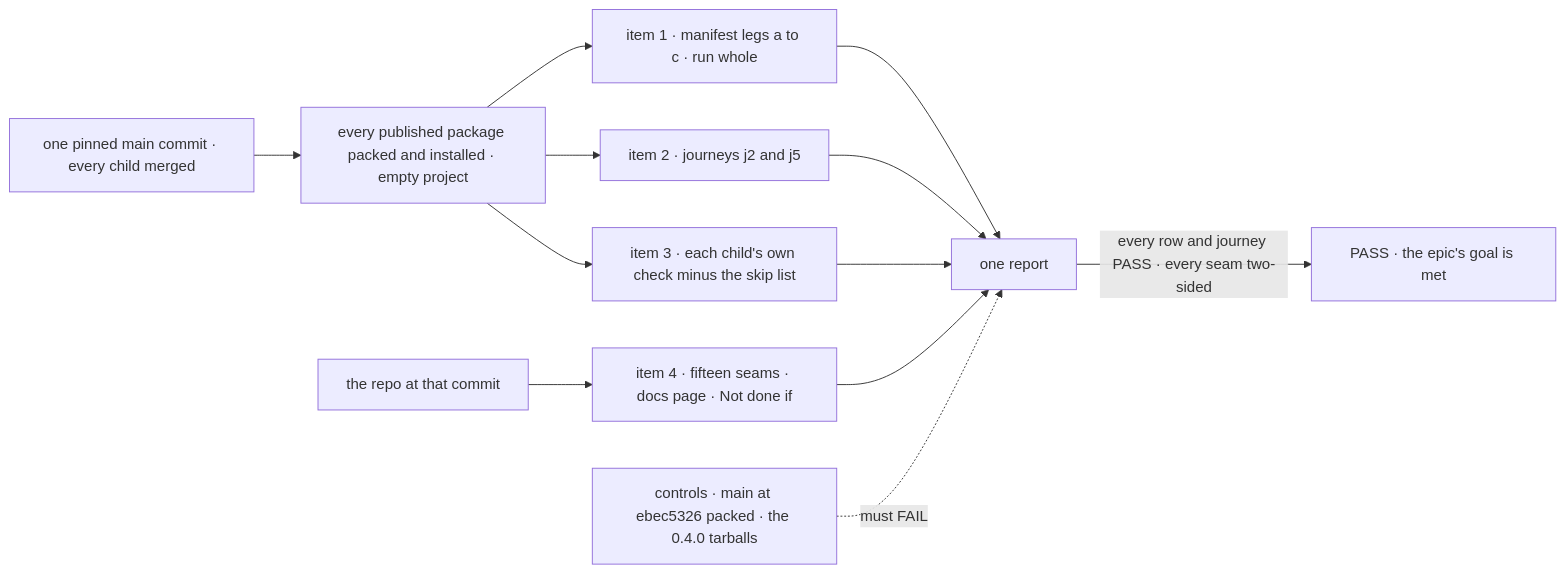
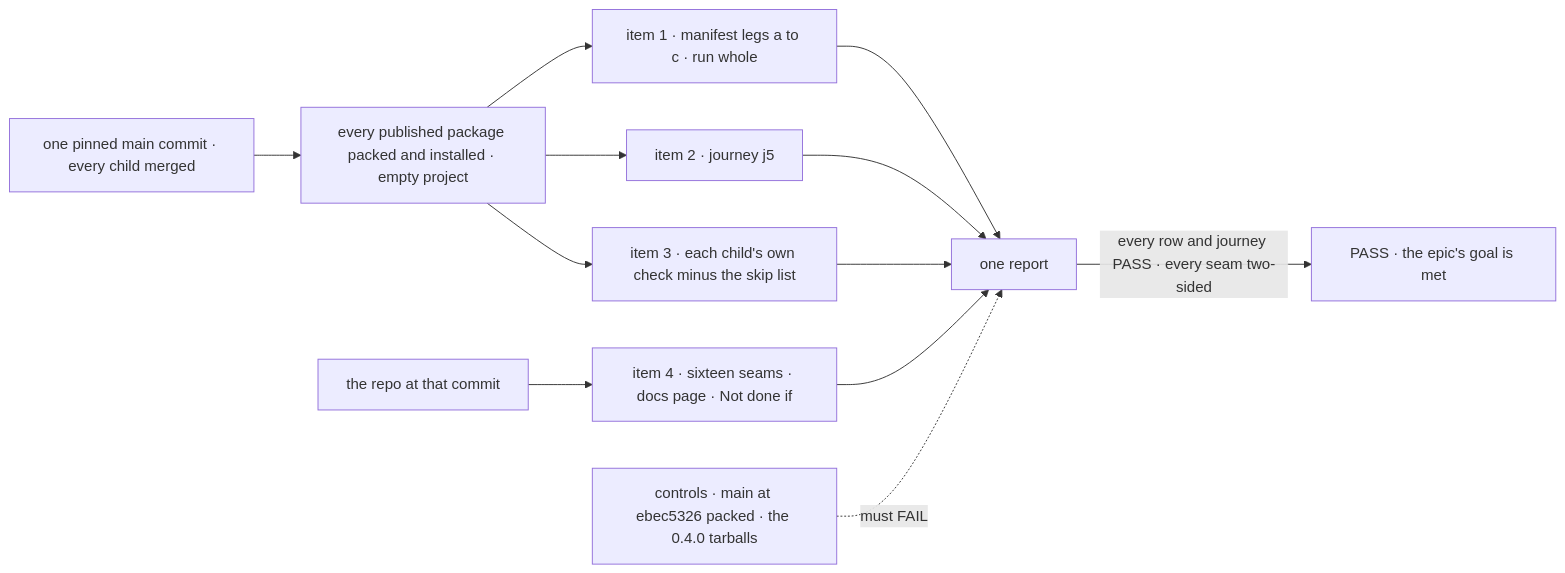
The first of 2 diagrams in specs/issues/FIX-2562/SPEC.md (fixpoint-labs/flow-state-dev), drawn with Mermaid before and after one commit. The commit also changed other lines of this file and 33 other files, not shown here.

````diff
--- a/specs/issues/FIX-2562/SPEC.md
+++ b/specs/issues/FIX-2562/SPEC.md
@@ -30,11 +30,11 @@
 ```mermaid
 flowchart LR
   M["one pinned main commit · every child merged"] --> I["every published package packed and installed · empty project"]
   I --> L["item 1 · manifest legs a to c · run whole"]
-  I --> J["item 2 · journeys j2 and j5"]
+  I --> J["item 2 · journey j5"]
   I --> K["item 3 · each child's own check minus the skip list"]
-  R["the repo at that commit"] --> S["item 4 · fifteen seams · docs page · Not done if"]
+  R["the repo at that commit"] --> S["item 4 · sixteen seams · docs page · Not done if"]
   L & J & K & S --> T["one report"]
   T -->|"every row and journey PASS · every seam two-sided"| P["PASS · the epic's goal is met"]
   C["controls · main at ebec5326 packed · the 0.4.0 tarballs"] -.->|"must FAIL"| T
 ```
````
